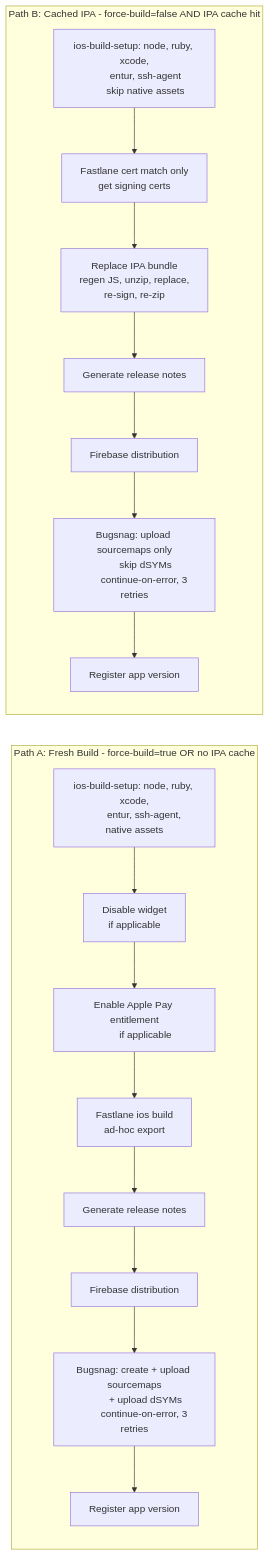
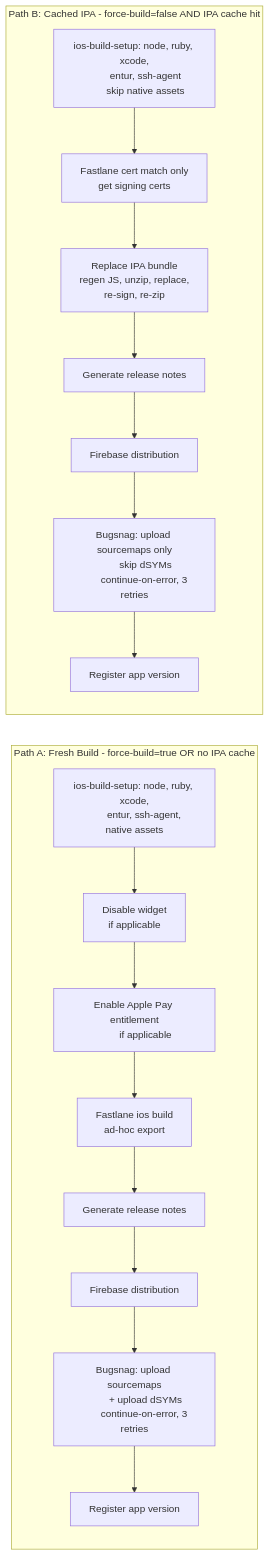
Before and after one commit to AtB-AS/mittatb-app: the sixth of 7 diagrams in docs/ios-build-staging-graph.md, drawn with Mermaid. The commit also changed other lines of this file and 9 other files, not shown here.

````diff
--- a/docs/ios-build-staging-graph.md
+++ b/docs/ios-build-staging-graph.md
@@ -312,36 +305,36 @@
 ```mermaid
 flowchart LR
     subgraph fresh ["Path A: Fresh Build - force-build=true OR no IPA cache"]
         direction TB
         f1["ios-build-setup: node, ruby, xcode,
         entur, ssh-agent, native assets"] --> f2["Disable widget
         if applicable"]
         f2 --> f2b["Enable Apple Pay entitlement
         if applicable"]
         f2b --> f3["Fastlane ios build
         ad-hoc export"]
         f3 --> f4["Generate release notes"]
         f4 --> f5["Firebase distribution"]
-        f5 --> f6["Bugsnag: create + upload sourcemaps
+        f5 --> f6["Bugsnag: upload sourcemaps
         + upload dSYMs
         continue-on-error, 3 retries"]
         f6 --> f7["Register app version"]
     end
 
     subgraph cached ["Path B: Cached IPA - force-build=false AND IPA cache hit"]
         direction TB
         c1["ios-build-setup: node, ruby, xcode,
         entur, ssh-agent
         skip native assets"] --> c2["Fastlane cert match only
         get signing certs"]
         c2 --> c3["Replace IPA bundle
         regen JS, unzip, replace,
         re-sign, re-zip"]
         c3 --> c4["Generate release notes"]
         c4 --> c5["Firebase distribution"]
         c5 --> c6["Bugsnag: upload sourcemaps only
         skip dSYMs
         continue-on-error, 3 retries"]
         c6 --> c7["Register app version"]
     end
 ```
````
